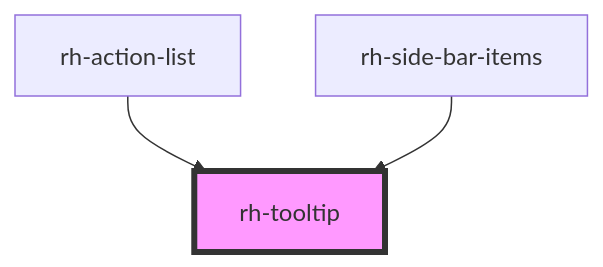
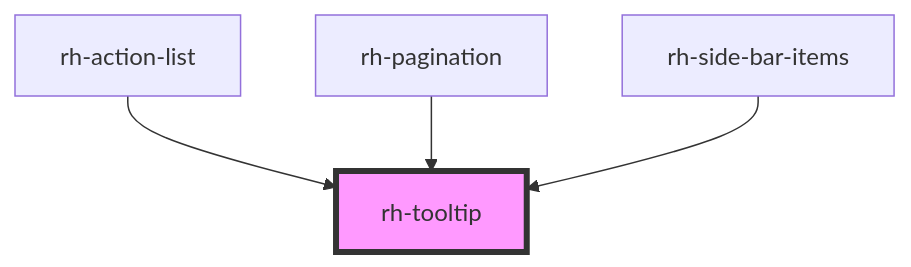
One commit to BrunoAST/rh-core-ui changed the diagram in src/components/tooltip/readme.md. Above: the diagram before and after it, drawn with Mermaid. The commit also changed other lines of this file and 5 other files, not shown here.

````diff
--- a/src/components/tooltip/readme.md
+++ b/src/components/tooltip/readme.md
@@ -25,6 +26,7 @@
 ```mermaid
 graph TD;
   rh-action-list --> rh-tooltip
+  rh-pagination --> rh-tooltip
   rh-side-bar-items --> rh-tooltip
   style rh-tooltip fill:#f9f,stroke:#333,stroke-width:4px
 ```
````
